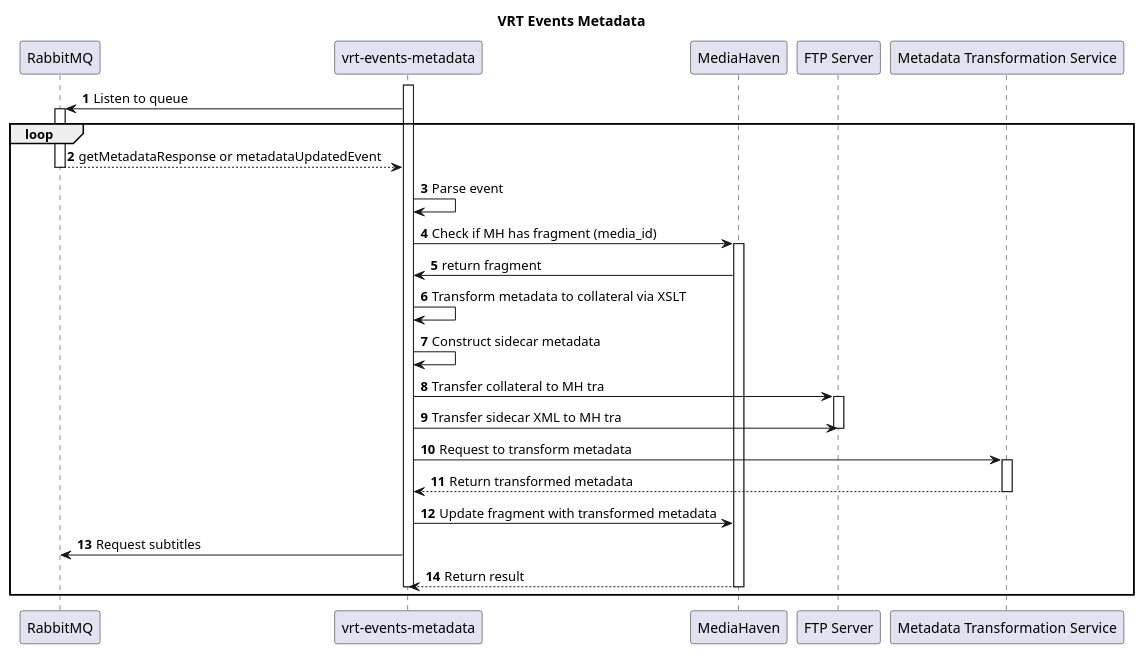
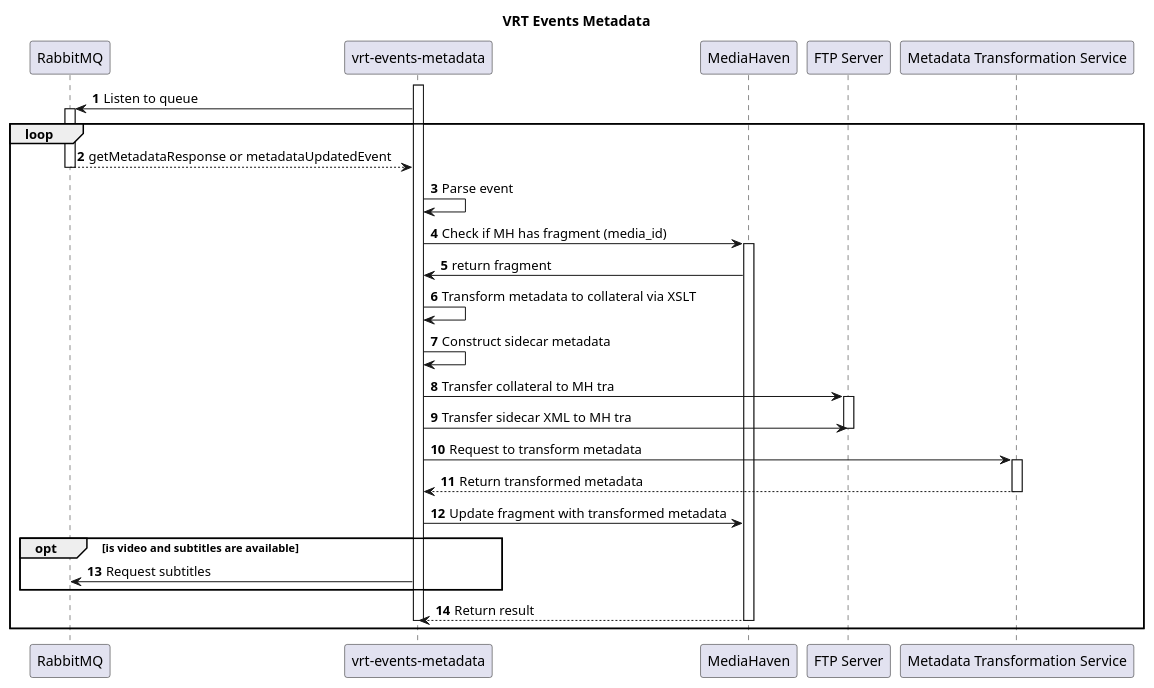
Before and after one commit to viaacode/vrt-events-metadata: the diagram in docs/v-e-m_sequence-diagram.plantuml, drawn with PlantUML.

Commit message:
DEV-1316 Make subtitle request optional
The subtitle request is only sent when `media_type` is `video` and when either `metadata.closedOT_available` or `metadata.openOT_available` is set on the event.

```diff
--- a/docs/v-e-m_sequence-diagram.plantuml
+++ b/docs/v-e-m_sequence-diagram.plantuml
@@ -1,40 +1,42 @@
 @startuml vrt-events-metadata
 
 autonumber
 
 title VRT Events Metadata
 
 participant rabbit as "RabbitMQ"
 participant vem as "vrt-events-metadata"
 participant mh as "MediaHaven"
 participant ftp as "FTP Server"
 participant mtd as "Metadata Transformation Service"
 
 activate vem
 vem -> rabbit: Listen to queue
 activate rabbit
 loop
 	rabbit --> vem: getMetadataResponse or metadataUpdatedEvent
 	deactivate rabbit
 	vem -> vem: Parse event
 	vem -> mh: Check if MH has fragment (media_id)
 	activate mh
 	mh -> vem: return fragment
 	vem -> vem: Transform metadata to collateral via XSLT
 	vem -> vem: Construct sidecar metadata
 	vem -> ftp: Transfer collateral to MH tra
 	activate ftp
 	vem -> ftp: Transfer sidecar XML to MH tra
 	deactivate ftp
 	vem -> mtd: Request to transform metadata
 	activate mtd
 	mtd --> vem: Return transformed metadata
 	deactivate mtd
 	vem -> mh: Update fragment with transformed metadata
-	vem -> rabbit: Request subtitles
+        opt is video and subtitles are available
+	    vem -> rabbit: Request subtitles
+        end
 	mh --> vem: Return result
 	deactivate mh
 	deactivate vem
 end
 
 @enduml
```
